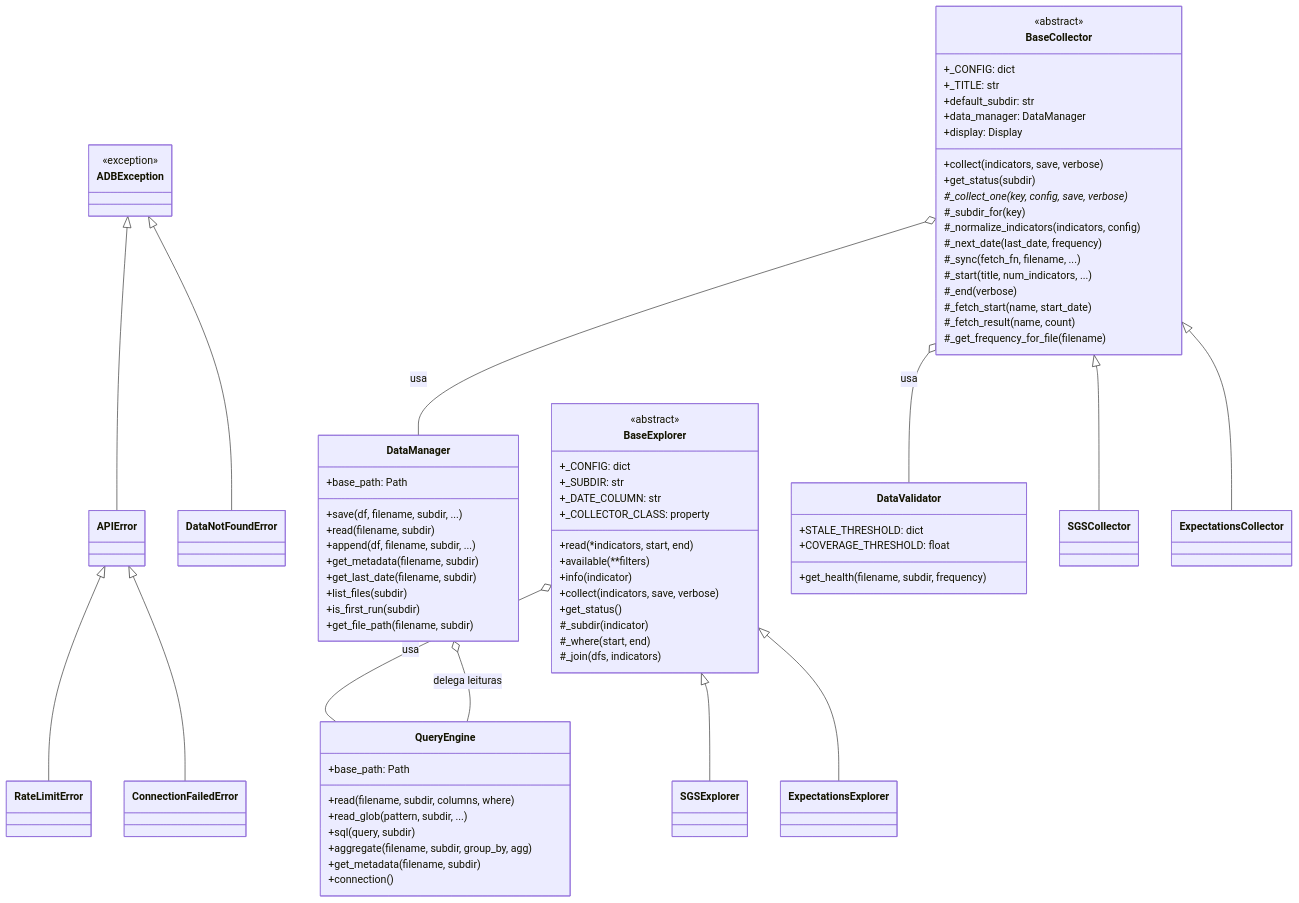
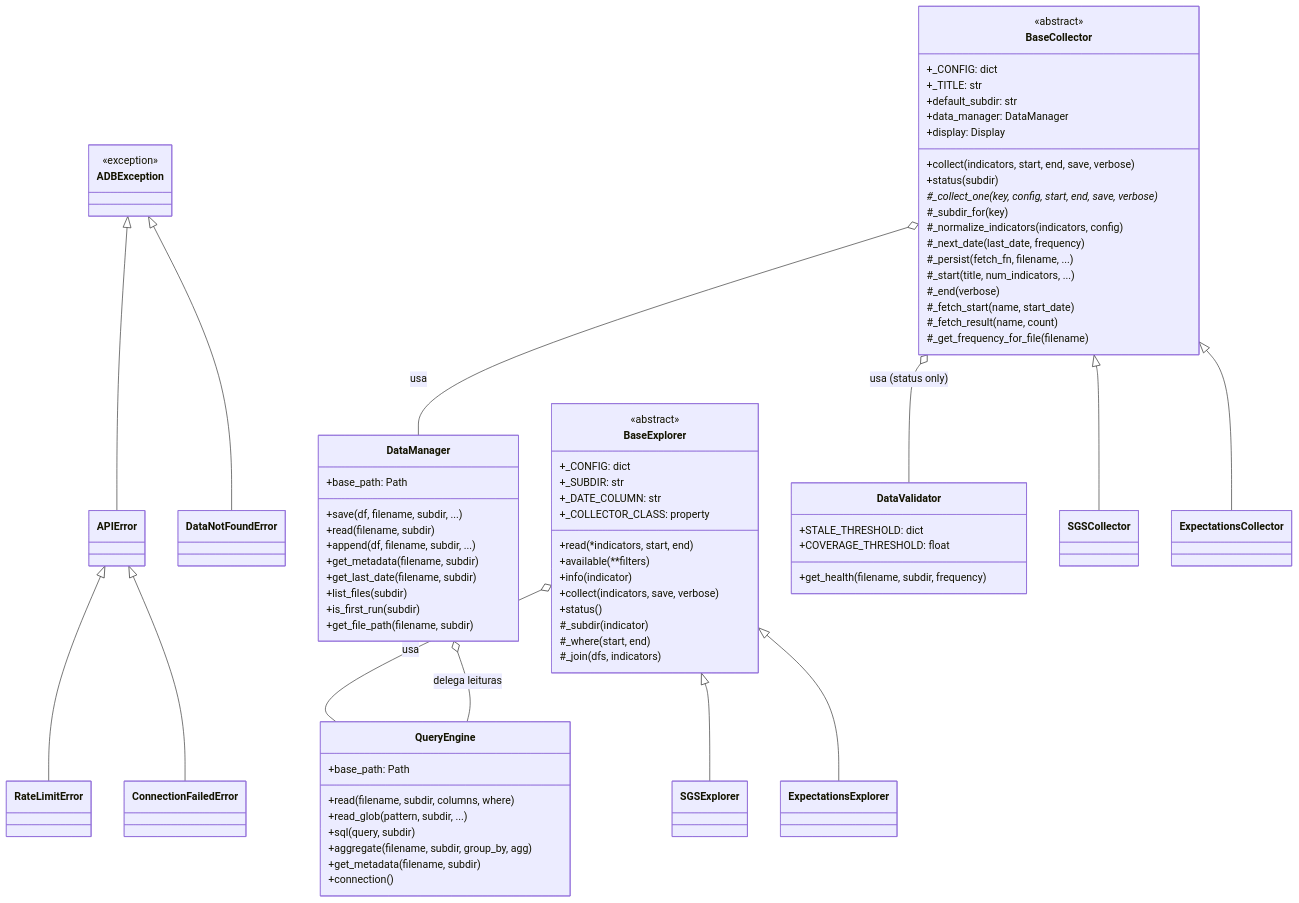
The first of 3 diagrams in docs/internals/architecture.md (enzoomoreira/adb), drawn with Mermaid before and after one commit. The commit also changed other lines of this file and 28 other files, not shown here.

First line of the commit message:
refactor: add end_date support, replace _sync with _persist

````diff
--- a/docs/internals/architecture.md
+++ b/docs/internals/architecture.md
@@ -95,7 +95,7 @@
         +available(**filters)
         +info(indicator)
         +collect(indicators, save, verbose)
-        +get_status()
+        +status()
         #_subdir(indicator)
         #_where(start, end)
         #_join(dfs, indicators)
@@ -117,13 +117,13 @@
         +default_subdir: str
         +data_manager: DataManager
         +display: Display
-        +collect(indicators, save, verbose)
-        +get_status(subdir)
-        #_collect_one(key, config, save, verbose)*
+        +collect(indicators, start, end, save, verbose)
+        +status(subdir)
+        #_collect_one(key, config, start, end, save, verbose)*
         #_subdir_for(key)
         #_normalize_indicators(indicators, config)
         #_next_date(last_date, frequency)
-        #_sync(fetch_fn, filename, ...)
+        #_persist(fetch_fn, filename, ...)
         #_start(title, num_indicators, ...)
         #_end(verbose)
         #_fetch_start(name, start_date)
@@ -182,6 +182,6 @@
     %% Composition
     BaseExplorer o-- QueryEngine : usa
     BaseCollector o-- DataManager : usa
-    BaseCollector o-- DataValidator : usa
+    BaseCollector o-- DataValidator : usa (status only)
     DataManager o-- QueryEngine : delega leituras
 ```
````
